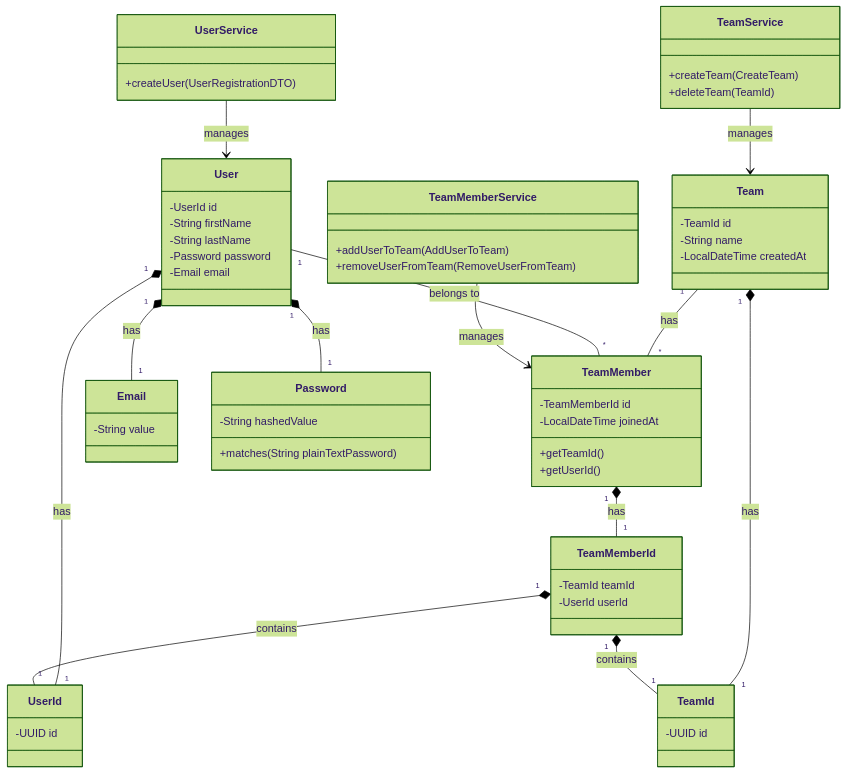
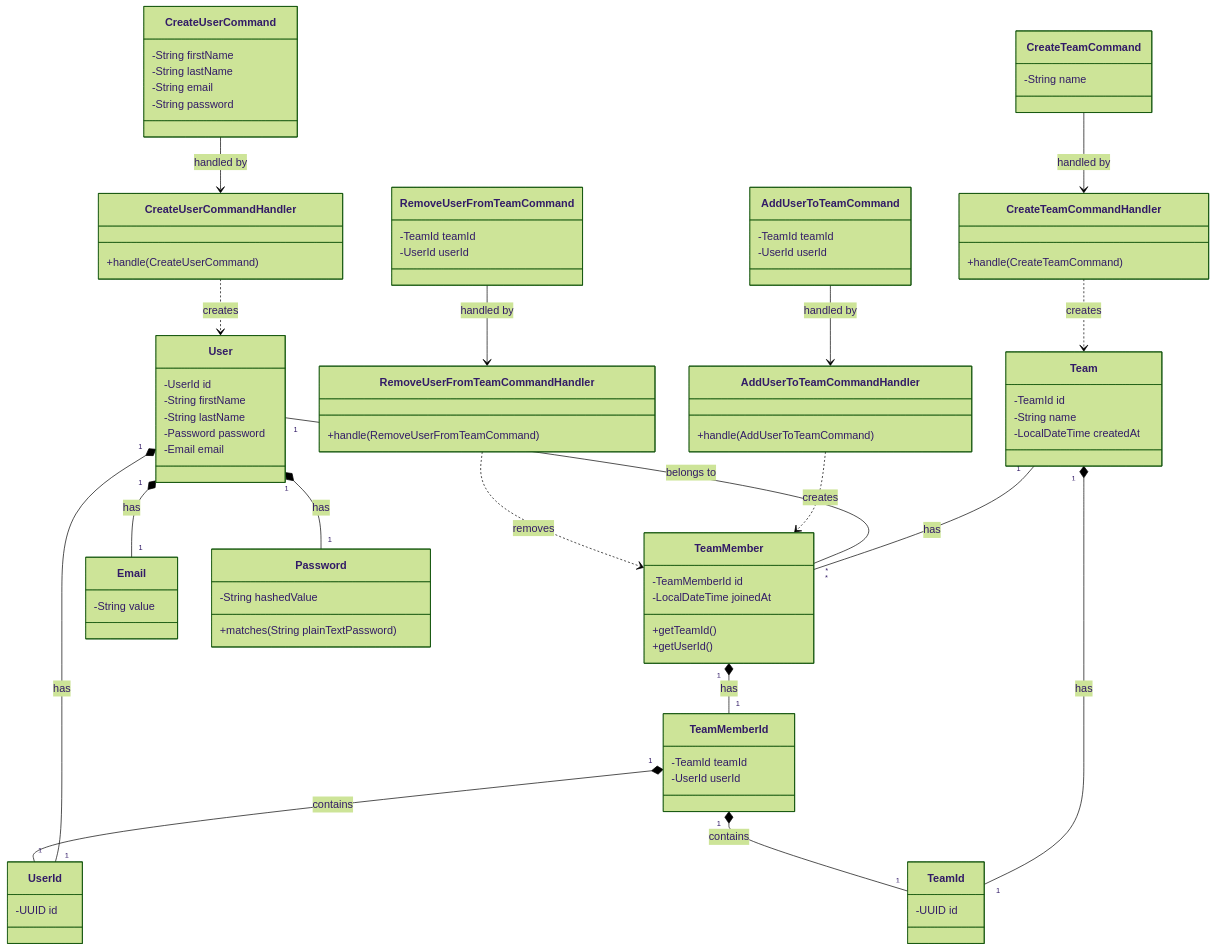
Before and after one commit to lprevidente/ddd-example: the diagram in README.md, drawn with Mermaid (forest theme). The commit also changed other lines of this file, not shown here.

````diff
--- a/README.md
+++ b/README.md
@@ -229,19 +225,42 @@
         +matches(String plainTextPassword)
     }
 
-%% Core Services
-    class UserService {
-        +createUser(UserRegistrationDTO)
+%% CQRS Commands and Handlers
+    class CreateUserCommand {
+        -String firstName
+        -String lastName
+        -String email
+        -String password
     }
 
-    class TeamService {
-        +createTeam(CreateTeam)
-        +deleteTeam(TeamId)
+    class CreateTeamCommand {
+        -String name
     }
 
-    class TeamMemberService {
-        +addUserToTeam(AddUserToTeam)
-        +removeUserFromTeam(RemoveUserFromTeam)
+    class AddUserToTeamCommand {
+        -TeamId teamId
+        -UserId userId
+    }
+
+    class RemoveUserFromTeamCommand {
+        -TeamId teamId
+        -UserId userId
+    }
+
+    class CreateUserCommandHandler {
+        +handle(CreateUserCommand)
+    }
+
+    class CreateTeamCommandHandler {
+        +handle(CreateTeamCommand)
+    }
+
+    class AddUserToTeamCommandHandler {
+        +handle(AddUserToTeamCommand)
+    }
+
+    class RemoveUserFromTeamCommandHandler {
+        +handle(RemoveUserFromTeamCommand)
     }
 
 %% Relationships
@@ -254,7 +273,14 @@
     User "1" *-- "1" Password: has
     Team "1" -- "*" TeamMember: has
     User "1" -- "*" TeamMember: belongs to
-    UserService --> User: manages
-    TeamService --> Team: manages
-    TeamMemberService --> TeamMember: manages
+    
+    CreateUserCommandHandler ..> User: creates
+    CreateTeamCommandHandler ..> Team: creates
+    AddUserToTeamCommandHandler ..> TeamMember: creates
+    RemoveUserFromTeamCommandHandler ..> TeamMember: removes
+    
+    CreateUserCommand --> CreateUserCommandHandler: handled by
+    CreateTeamCommand --> CreateTeamCommandHandler: handled by
+    AddUserToTeamCommand --> AddUserToTeamCommandHandler: handled by
+    RemoveUserFromTeamCommand --> RemoveUserFromTeamCommandHandler: handled by
 ```
````
